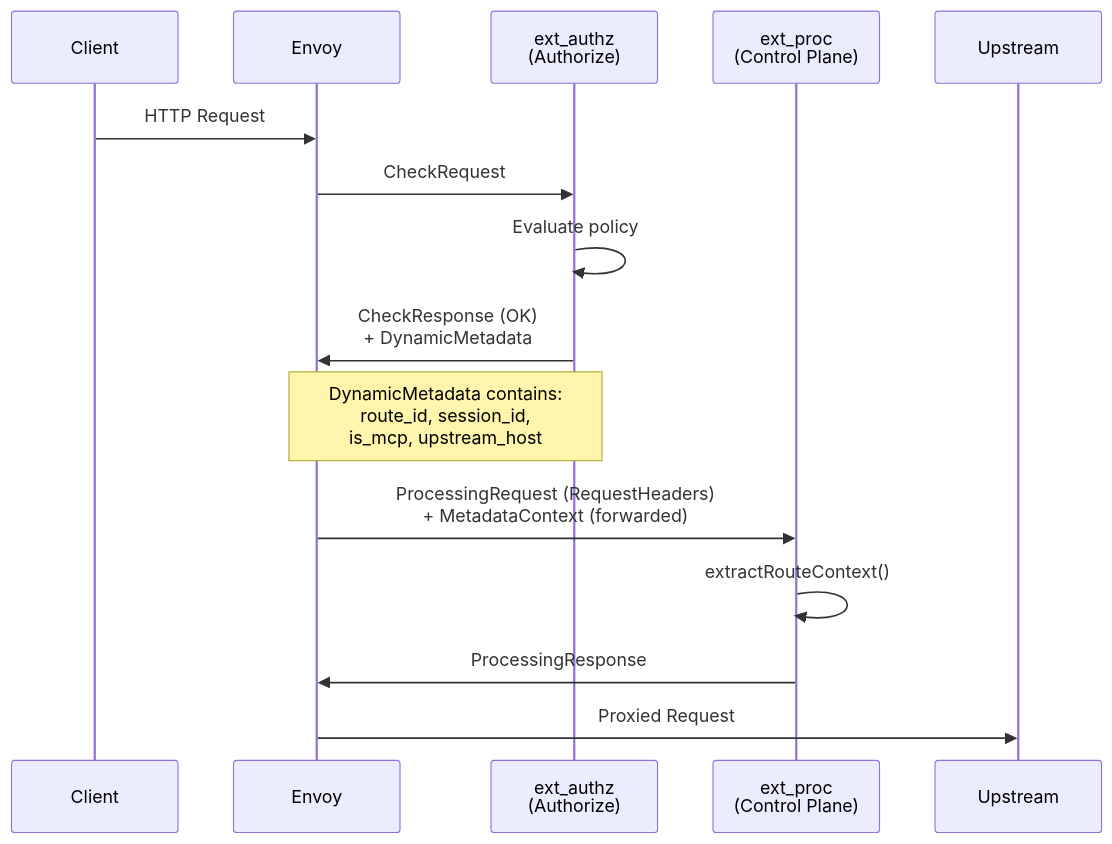
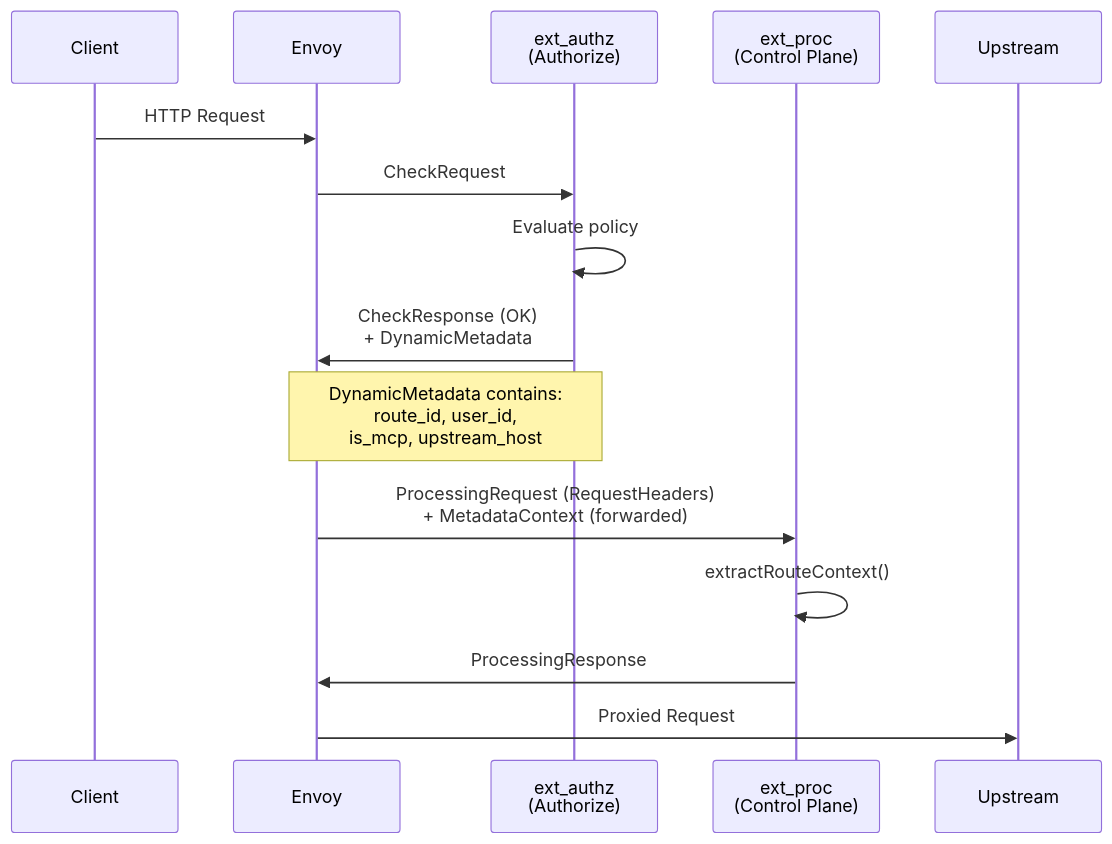
Before and after one commit to pomerium/pomerium: the third of 10 diagrams in internal/mcp/DESIGN.md, drawn with Mermaid. The commit also changed other lines of this file and 8 other files, not shown here.

First line of the commit message:
pass user_id through ext_proc metadata instead of session_id

````diff
--- a/internal/mcp/DESIGN.md
+++ b/internal/mcp/DESIGN.md
@@ -267,20 +267,20 @@
 ```mermaid
 sequenceDiagram
     participant Client
     participant Envoy
     participant ExtAuthz as ext_authz<br/>(Authorize)
     participant ExtProc as ext_proc<br/>(Control Plane)
     participant Upstream
 
     Client->>Envoy: HTTP Request
     Envoy->>ExtAuthz: CheckRequest
     ExtAuthz->>ExtAuthz: Evaluate policy
     ExtAuthz->>Envoy: CheckResponse (OK)<br/>+ DynamicMetadata
-    Note over ExtAuthz,Envoy: DynamicMetadata contains:<br/>route_id, session_id,<br/>is_mcp, upstream_host
+    Note over ExtAuthz,Envoy: DynamicMetadata contains:<br/>route_id, user_id,<br/>is_mcp, upstream_host
 
     Envoy->>ExtProc: ProcessingRequest (RequestHeaders)<br/>+ MetadataContext (forwarded)
     ExtProc->>ExtProc: extractRouteContext()
     ExtProc->>Envoy: ProcessingResponse
 
     Envoy->>Upstream: Proxied Request
 ```
````
